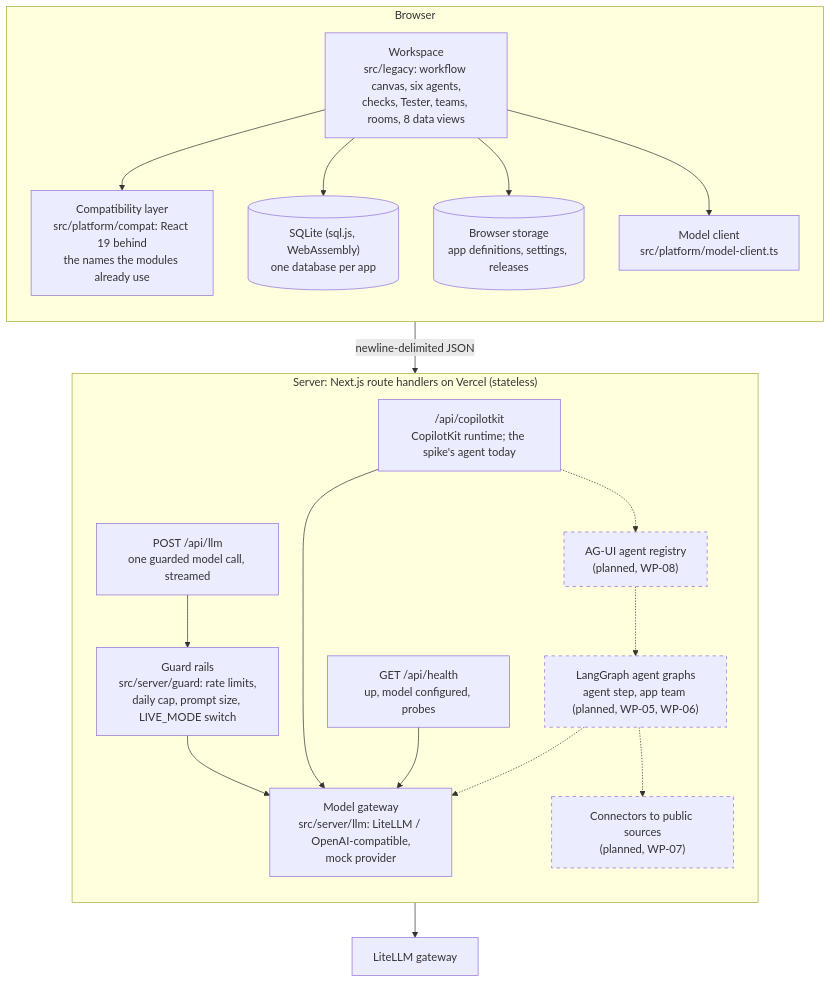
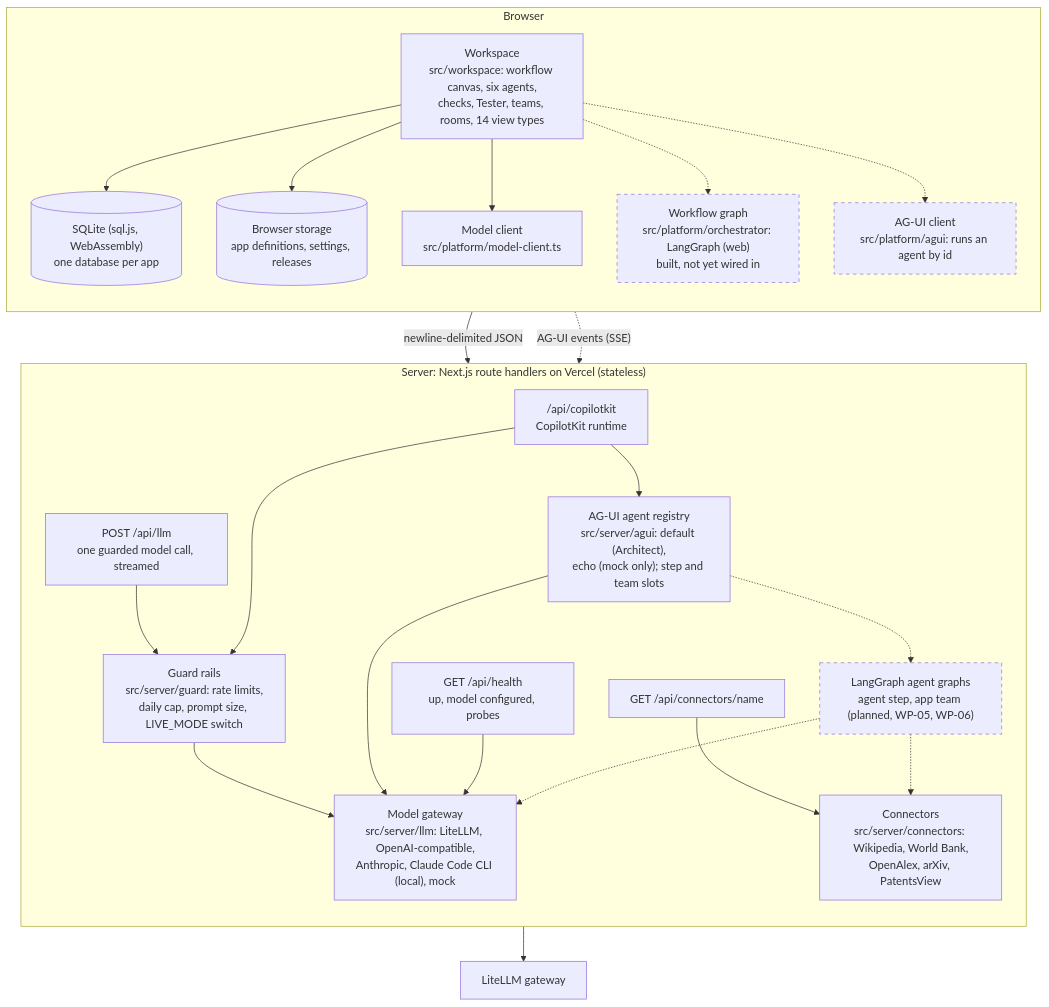
The second of 9 diagrams in docs/architecture/overview.md (ismaeel-ch/Turnkey), drawn with Mermaid before and after one commit. The commit also changed other lines of this file and 17 other files, not shown here.

````diff
--- a/docs/architecture/overview.md
+++ b/docs/architecture/overview.md
@@ -59,37 +62,43 @@
 ```mermaid
 flowchart TB
   subgraph browser["Browser"]
     direction TB
-    legacy["Workspace<br/>src/legacy: workflow canvas, six agents,<br/>checks, Tester, teams, rooms, 8 data views"]
-    compat["Compatibility layer<br/>src/platform/compat: React 19 behind<br/>the names the modules already use"]
+    ws["Workspace<br/>src/workspace: workflow canvas, six agents,<br/>checks, Tester, teams, rooms, 14 view types"]
+    orch["Workflow graph<br/>src/platform/orchestrator: LangGraph (web)<br/>built, not yet wired in"]
+    agc["AG-UI client<br/>src/platform/agui: runs an agent by id"]
     mc["Model client<br/>src/platform/model-client.ts"]
     sqlite[("SQLite (sql.js, WebAssembly)<br/>one database per app")]
     store[("Browser storage<br/>app definitions, settings, releases")]
-    legacy --> compat
-    legacy --> sqlite
-    legacy --> store
-    legacy --> mc
+    ws --> sqlite
+    ws --> store
+    ws --> mc
+    ws -.-> orch
+    ws -.-> agc
   end
   subgraph server["Server: Next.js route handlers on Vercel (stateless)"]
     direction TB
     llm["POST /api/llm<br/>one guarded model call, streamed"]
     health["GET /api/health<br/>up, model configured, probes"]
-    ck["/api/copilotkit<br/>CopilotKit runtime; the spike's agent today"]
+    ck["/api/copilotkit<br/>CopilotKit runtime"]
+    reg["AG-UI agent registry<br/>src/server/agui: default (Architect),<br/>echo (mock only); step and team slots"]
+    conr["GET /api/connectors/name"]
     guard["Guard rails<br/>src/server/guard: rate limits,<br/>daily cap, prompt size, LIVE_MODE switch"]
-    gateway["Model gateway<br/>src/server/llm: LiteLLM / OpenAI-compatible,<br/>mock provider"]
+    gateway["Model gateway<br/>src/server/llm: LiteLLM, OpenAI-compatible,<br/>Anthropic, Claude Code CLI (local), mock"]
+    conn["Connectors<br/>src/server/connectors: Wikipedia, World Bank,<br/>OpenAlex, arXiv, PatentsView"]
+    graphs["LangGraph agent graphs<br/>agent step, app team (planned, WP-05, WP-06)"]
     llm --> guard --> gateway
-    ck --> gateway
+    ck --> guard
+    ck --> reg --> gateway
     health --> gateway
-    graphs["LangGraph agent graphs<br/>agent step, app team (planned, WP-05, WP-06)"]
-    agui["AG-UI agent registry<br/>(planned, WP-08)"]
-    conn["Connectors to public sources<br/>(planned, WP-07)"]
-    ck -.-> agui -.-> graphs
+    conr --> conn
+    reg -.-> graphs
     graphs -.-> conn
     graphs -.-> gateway
   end
   ext["LiteLLM gateway"]
   mc -->|"newline-delimited JSON"| llm
+  agc -.->|"AG-UI events (SSE)"| ck
   gateway --> ext
   classDef planned stroke-dasharray: 5 5
-  class graphs,agui,conn planned
+  class graphs,orch,agc planned
 ```
````
